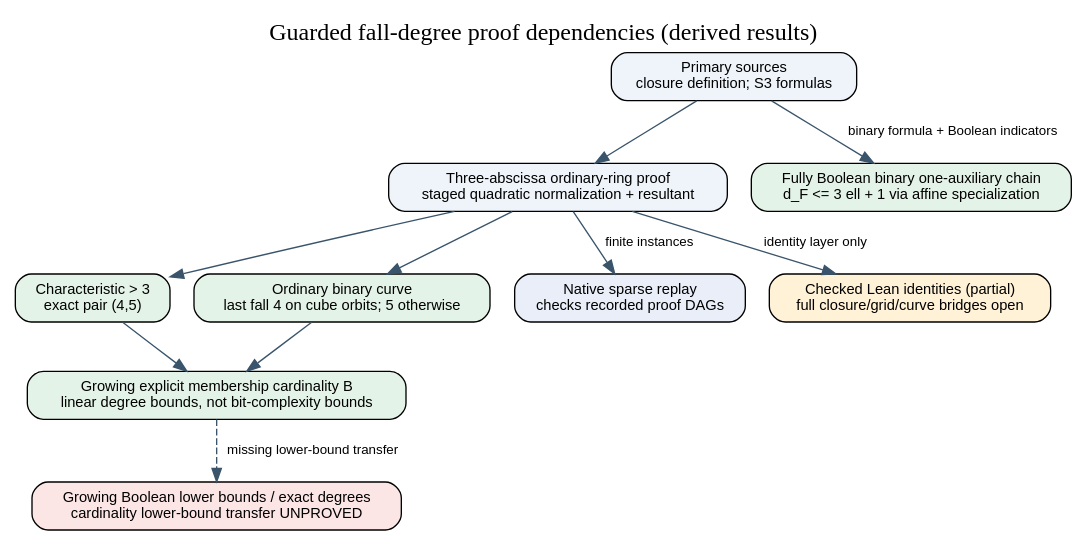
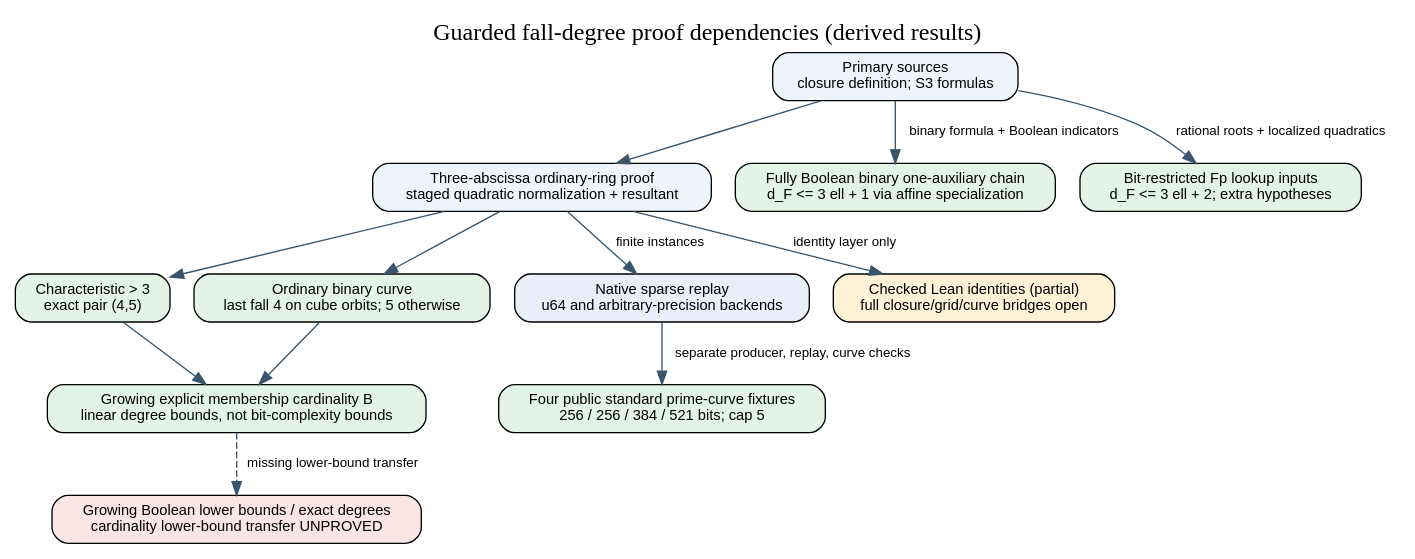
One commit to isogeny-labs/crypto changed the diagram in research/guarded_fall_degree_20261028/reports/proof-dependencies.dot. Above: the diagram before and after it, drawn with Graphviz. The commit also changed 34 other files, not shown here.

Commit message:
research: add prime-bit degree bound and checked large-curve evidence

```diff
--- a/research/guarded_fall_degree_20261028/reports/proof-dependencies.dot
+++ b/research/guarded_fall_degree_20261028/reports/proof-dependencies.dot
@@ -1,23 +1,27 @@
 digraph proof {
   graph [rankdir=TB, bgcolor="white", label="Guarded fall-degree proof dependencies (derived results)", labelloc=t, fontsize=18];
   node [shape=box, style="rounded,filled", fillcolor="#eef4fa", fontname="Helvetica", fontsize=11];
   edge [color="#39546b", fontname="Helvetica", fontsize=10];
   sources [label="Primary sources\nclosure definition; S3 formulas"];
   local [label="Three-abscissa ordinary-ring proof\nstaged quadratic normalization + resultant"];
   odd [label="Characteristic > 3\nexact pair (4,5)", fillcolor="#e4f3e7"];
   binary [label="Ordinary binary curve\nlast fall 4 on cube orbits; 5 otherwise", fillcolor="#e4f3e7"];
   growing [label="Growing explicit membership cardinality B\nlinear degree bounds, not bit-complexity bounds", fillcolor="#e4f3e7"];
-  native [label="Native sparse replay\nchecks recorded proof DAGs", fillcolor="#e9eef8"];
+  native [label="Native sparse replay\nu64 and arbitrary-precision backends", fillcolor="#e9eef8"];
+  large [label="Four public standard prime-curve fixtures\n256 / 256 / 384 / 521 bits; cap 5", fillcolor="#e4f3e7"];
   lean [label="Checked Lean identities (partial)\nfull closure/grid/curve bridges open", fillcolor="#fff2d7"];
   boolupper [label="Fully Boolean binary one-auxiliary chain\nd_F <= 3 ell + 1 via affine specialization", fillcolor="#e4f3e7"];
+  primebits [label="Bit-restricted Fp lookup inputs\nd_F <= 3 ell + 2; extra hypotheses", fillcolor="#e4f3e7"];
   boolean [label="Growing Boolean lower bounds / exact degrees\ncardinality lower-bound transfer UNPROVED", fillcolor="#fce5e5"];
   sources -> local;
   sources -> boolupper [label="binary formula + Boolean indicators"];
+  sources -> primebits [label="rational roots + localized quadratics"];
   local -> odd;
   local -> binary;
   odd -> growing;
   binary -> growing;
   local -> native [label="finite instances"];
+  native -> large [label="separate producer, replay, curve checks"];
   local -> lean [label="identity layer only"];
   growing -> boolean [style=dashed, label="missing lower-bound transfer"];
 }
```
